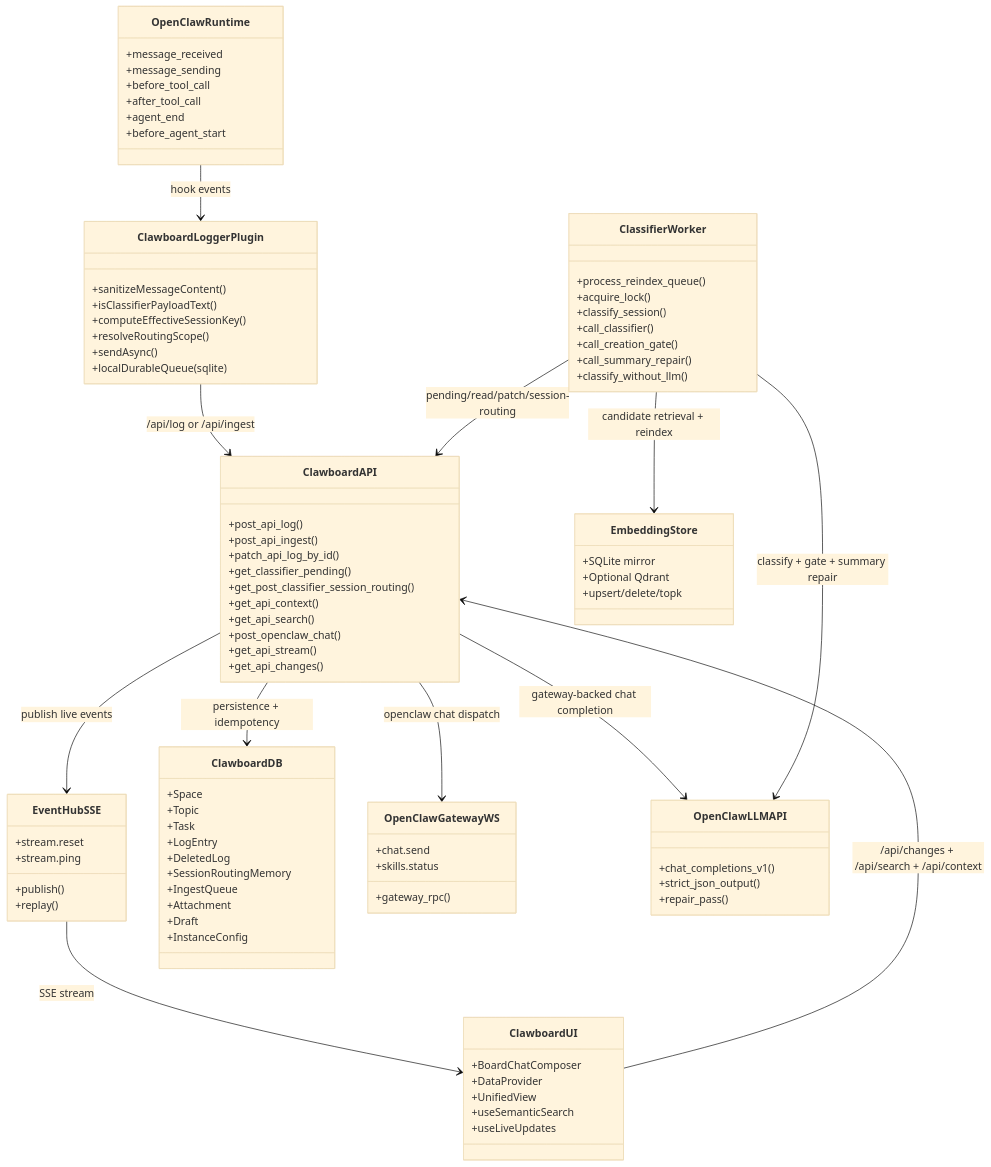
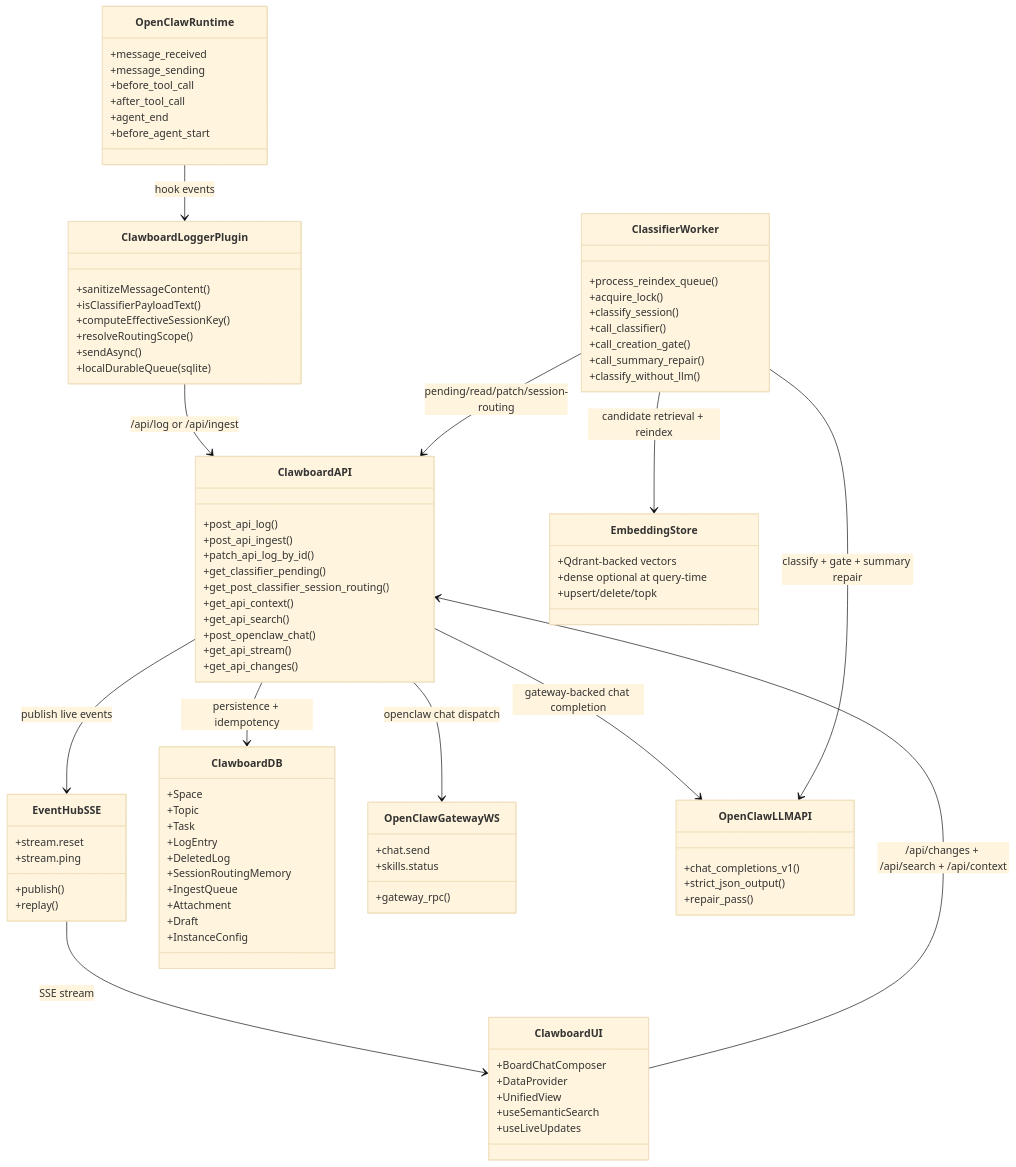
One commit to sirouk/clawboard changed the first of 6 diagrams in OPENCLAW_CLAWBOARD_UML.md. Above: the diagram before and after it, drawn with Mermaid (base theme). The commit also changed other lines of this file and 16 other files, not shown here.

```diff
--- a/OPENCLAW_CLAWBOARD_UML.md
+++ b/OPENCLAW_CLAWBOARD_UML.md
@@ -68,8 +68,8 @@
     }
 
     class EmbeddingStore {
-      +SQLite mirror
-      +Optional Qdrant
+      +Qdrant-backed vectors
+      +dense optional at query-time
       +upsert/delete/topk
     }
 
```
